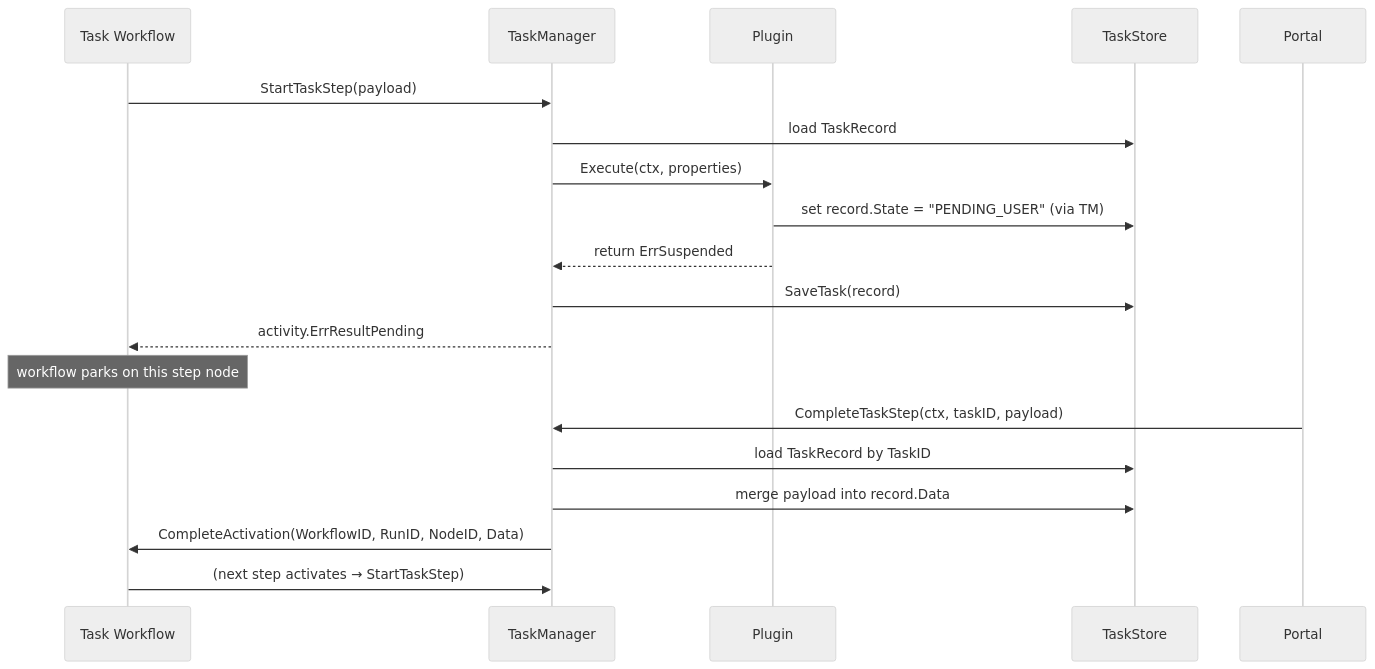
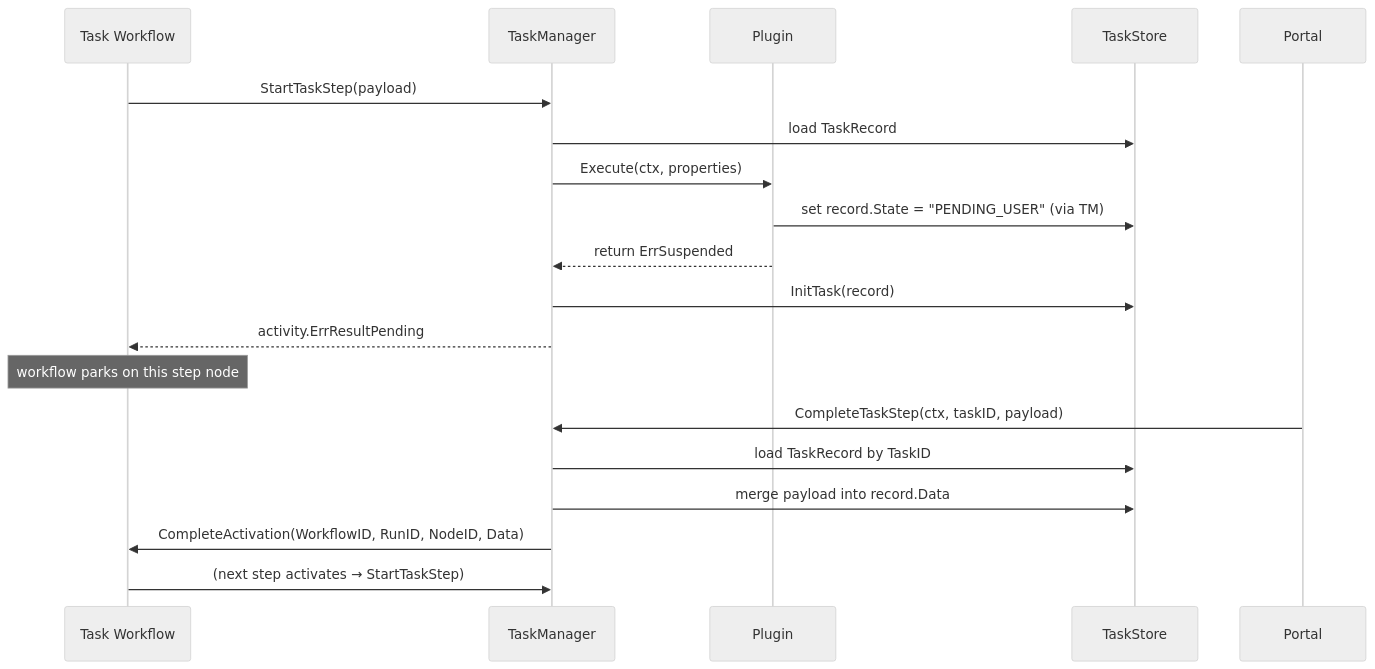
One commit to OpenNSW/core changed the second of 2 diagrams in taskflow/docs/architecture.md. Above: the diagram before and after it, drawn with Mermaid (neutral theme). The commit also changed 25 other files, not shown here.

````diff
--- a/taskflow/docs/architecture.md
+++ b/taskflow/docs/architecture.md
@@ -158,24 +158,24 @@
 ```mermaid
 sequenceDiagram
     participant TW as Task Workflow
     participant TM as TaskManager
     participant P as Plugin
     participant DB as TaskStore
     participant FE as Portal
 
     TW->>TM: StartTaskStep(payload)
     TM->>DB: load TaskRecord
     TM->>P: Execute(ctx, properties)
     P->>DB: set record.State = "PENDING_USER" (via TM)
     P-->>TM: return ErrSuspended
-    TM->>DB: SaveTask(record)
+    TM->>DB: InitTask(record)
     TM-->>TW: activity.ErrResultPending
 
     Note over TW: workflow parks on this step node
 
     FE->>TM: CompleteTaskStep(ctx, taskID, payload)
     TM->>DB: load TaskRecord by TaskID
     TM->>DB: merge payload into record.Data
     TM->>TW: CompleteActivation(WorkflowID, RunID, NodeID, Data)
     TW->>TM: (next step activates → StartTaskStep)
 ```
````
